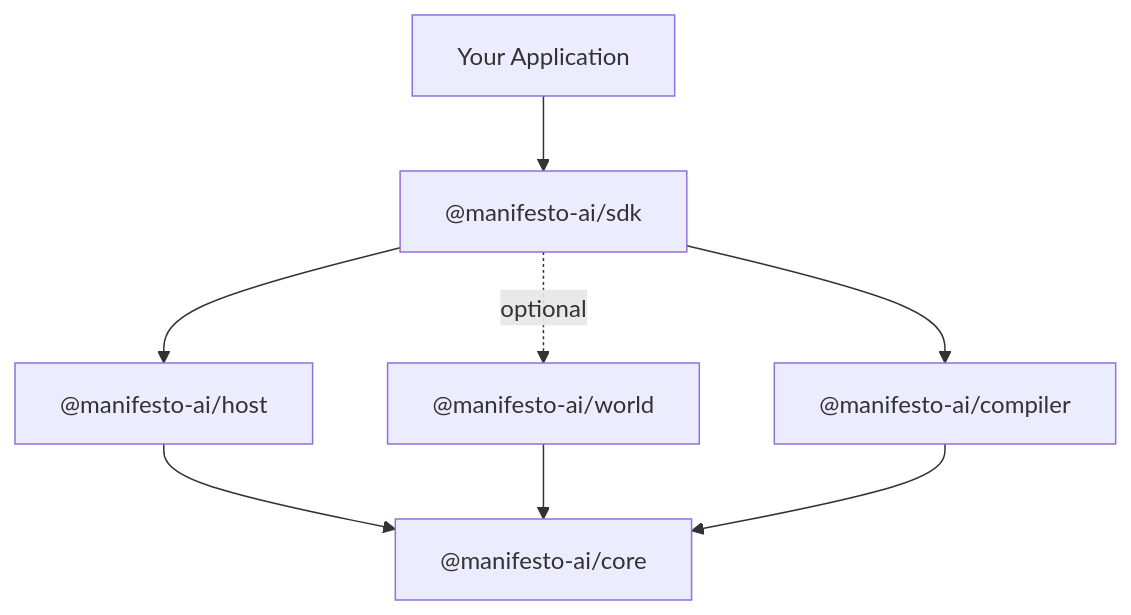
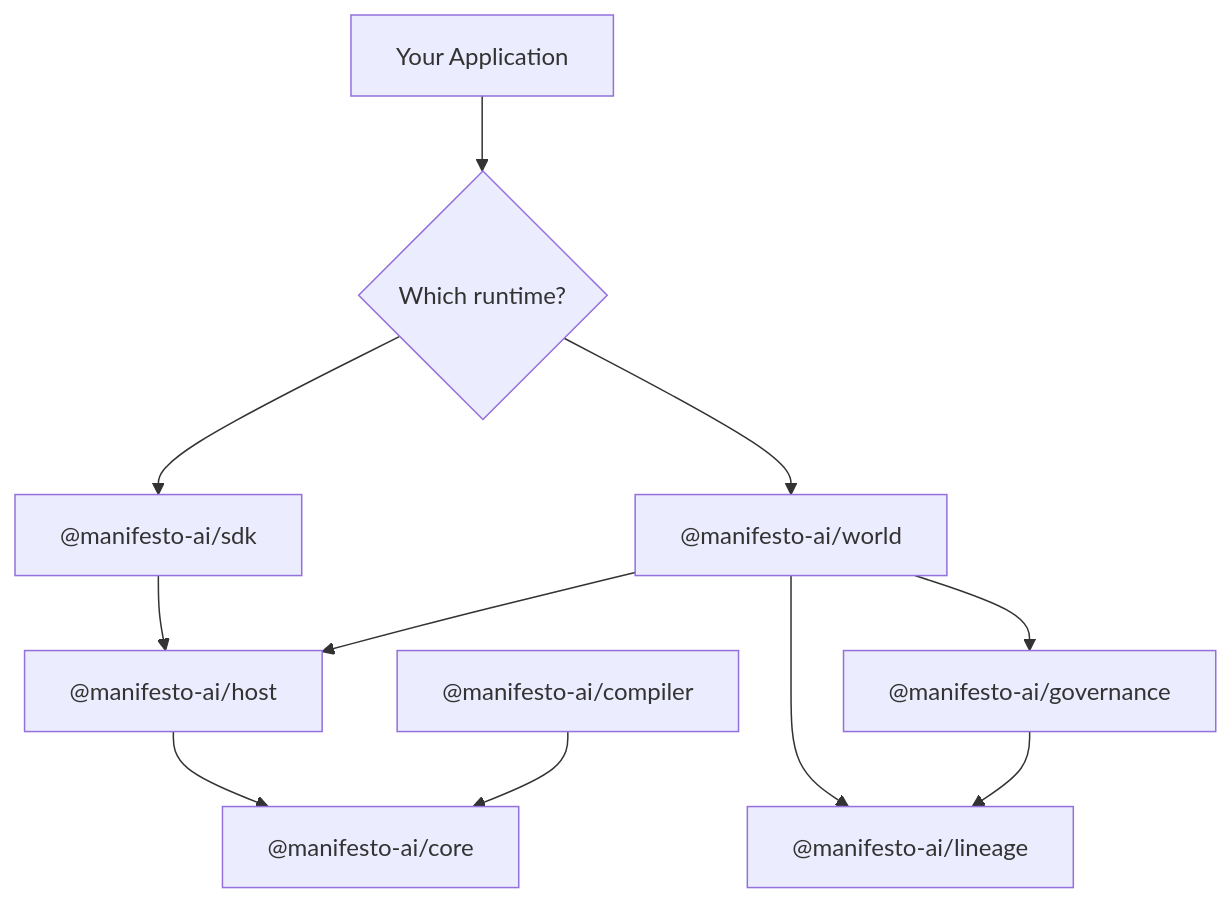
One commit to manifesto-ai/core changed the diagram in docs/api/index.md. Above: the diagram before and after it, drawn with Mermaid. The commit also changed other lines of this file and 33 other files, not shown here.

````diff
--- a/docs/api/index.md
+++ b/docs/api/index.md
@@ -38,10 +41,13 @@
 ```mermaid
 flowchart TB
-  APP["Your Application"] --> SDK["@manifesto-ai/sdk"]
-  SDK --> H["@manifesto-ai/host"]
-  SDK --> COMP["@manifesto-ai/compiler"]
-  SDK -. optional .-> W["@manifesto-ai/world"]
-  H --> C["@manifesto-ai/core"]
-  W --> C
-  COMP --> C
+  APP["Your Application"] --> CHOICE{"Which runtime?"}
+  CHOICE --> SDK["@manifesto-ai/sdk"]
+  CHOICE --> WORLD["@manifesto-ai/world"]
+  SDK --> HOST["@manifesto-ai/host"]
+  WORLD --> GOV["@manifesto-ai/governance"]
+  WORLD --> LIN["@manifesto-ai/lineage"]
+  WORLD --> HOST
+  HOST --> CORE["@manifesto-ai/core"]
+  GOV --> LIN
+  COMP["@manifesto-ai/compiler"] --> CORE
 ```
````
